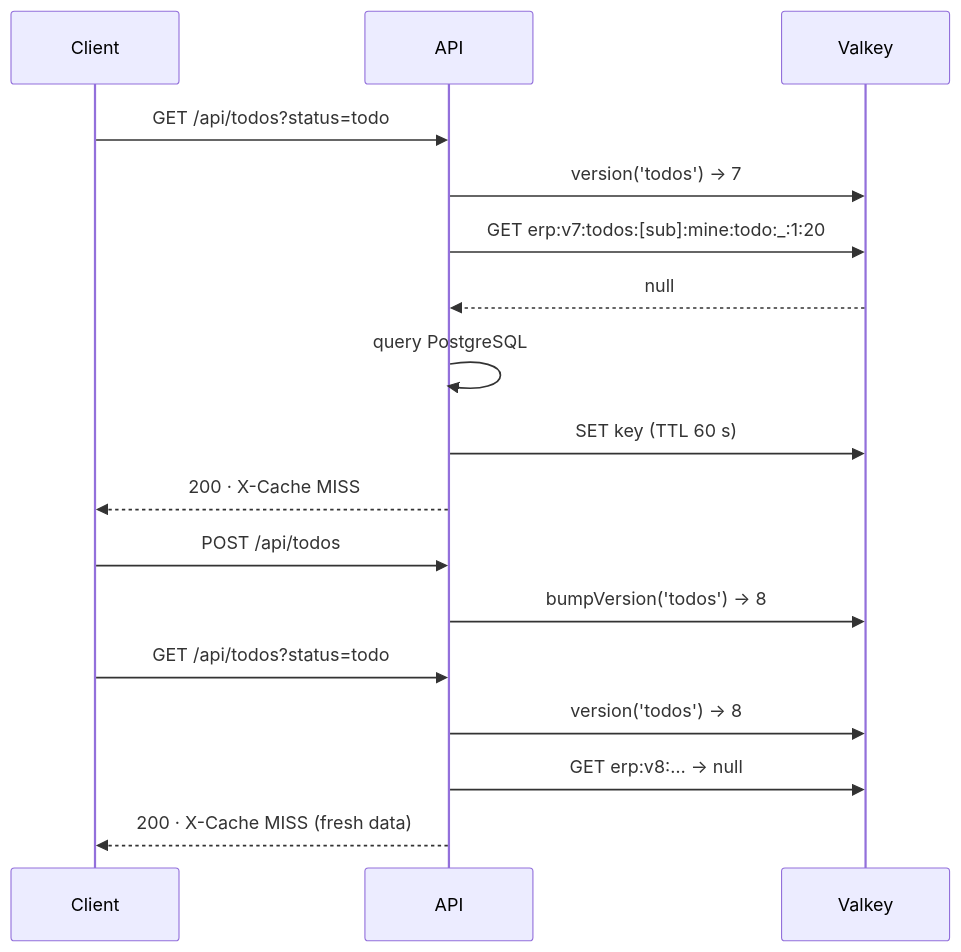
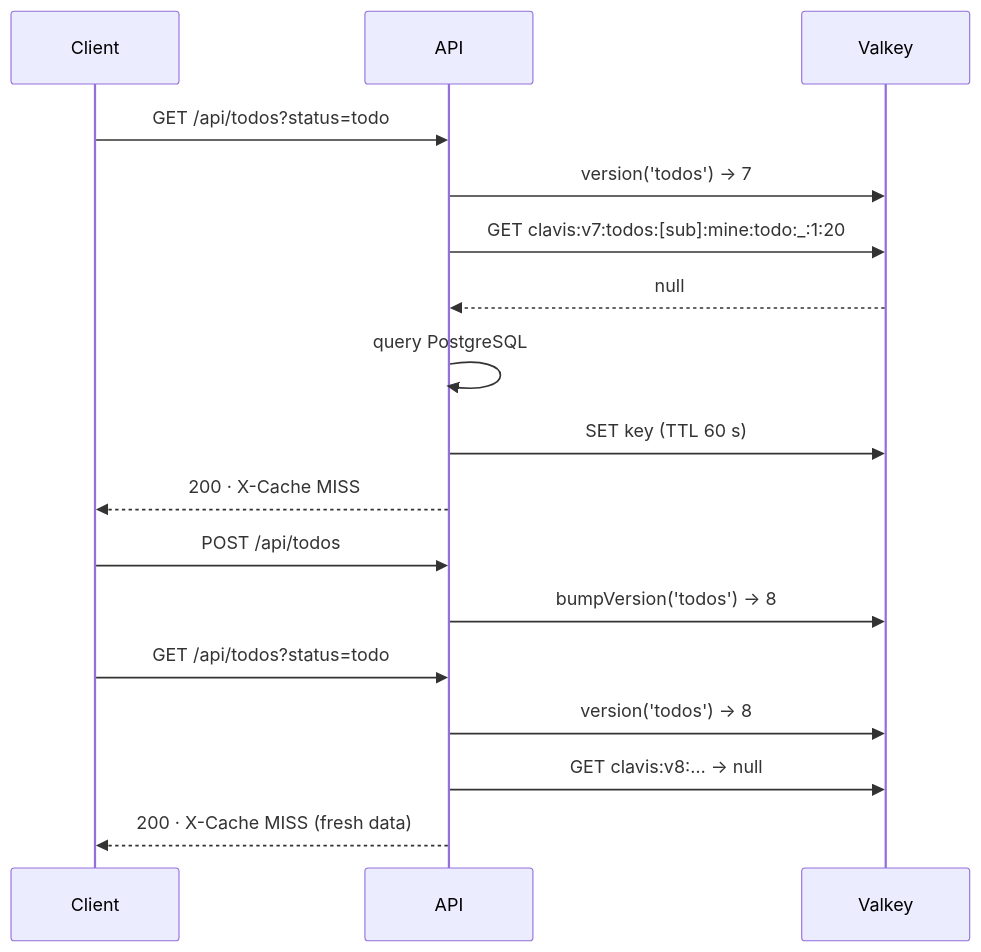
The third of 5 diagrams in docs/architecture.md (mapineda48/clavis), drawn with Mermaid before and after one commit. The commit also changed other lines of this file and 130 other files, not shown here.

````diff
--- a/docs/architecture.md
+++ b/docs/architecture.md
@@ -289,22 +289,22 @@
 ```mermaid
 sequenceDiagram
     participant C as Client
     participant A as API
     participant V as Valkey
 
     C->>A: GET /api/todos?status=todo
     A->>V: version('todos') → 7
-    A->>V: GET erp:v7:todos:[sub]:mine:todo:_:1:20
+    A->>V: GET clavis:v7:todos:[sub]:mine:todo:_:1:20
     V-->>A: null
     A->>A: query PostgreSQL
     A->>V: SET key (TTL 60 s)
     A-->>C: 200 · X-Cache MISS
 
     C->>A: POST /api/todos
     A->>V: bumpVersion('todos') → 8
 
     C->>A: GET /api/todos?status=todo
     A->>V: version('todos') → 8
-    A->>V: GET erp:v8:… → null
+    A->>V: GET clavis:v8:… → null
     A-->>C: 200 · X-Cache MISS (fresh data)
 ```
````
